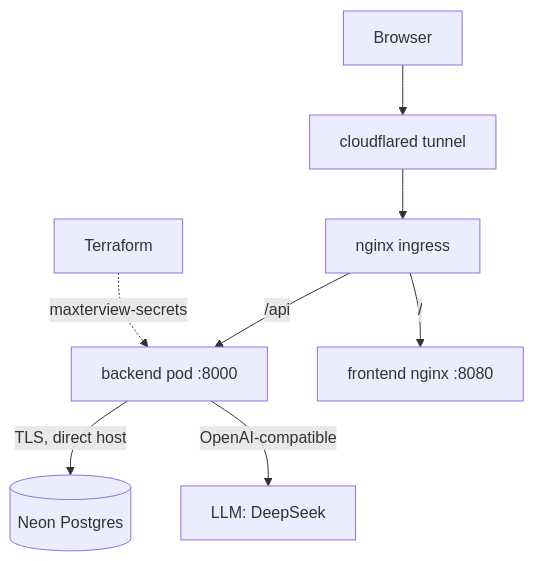
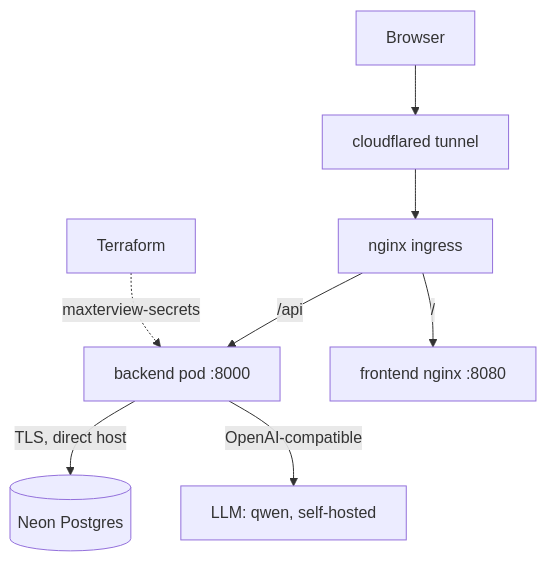
Before and after one commit to notseekeru/maxterview_website: the second of 2 diagrams in PLAN.md, drawn with Mermaid. The commit also changed other lines of this file and 3 other files, not shown here.

Commit message:
docs(llm): prod runs the single self-hosted qwen

````diff
--- a/PLAN.md
+++ b/PLAN.md
@@ -71,10 +71,10 @@
 ```mermaid
 graph TD
     U[Browser] --> CF[cloudflared tunnel]
     CF --> I[nginx ingress]
     I -->|/api| B[backend pod :8000]
     I -->|/| F[frontend nginx :8080]
     B -->|TLS, direct host| N[(Neon Postgres)]
-    B -->|OpenAI-compatible| L[LLM: DeepSeek]
+    B -->|OpenAI-compatible| L[LLM: qwen, self-hosted]
     T[Terraform] -.->|maxterview-secrets| B
 ```
````
